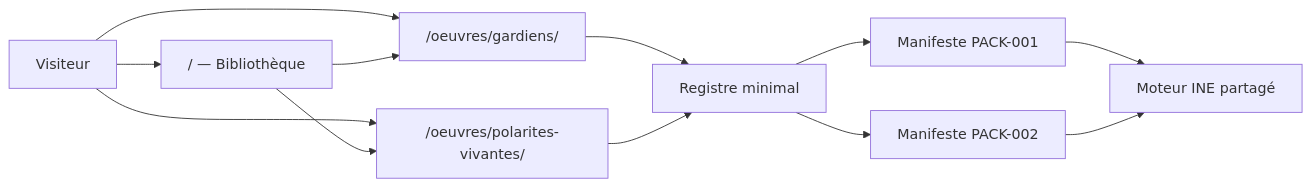
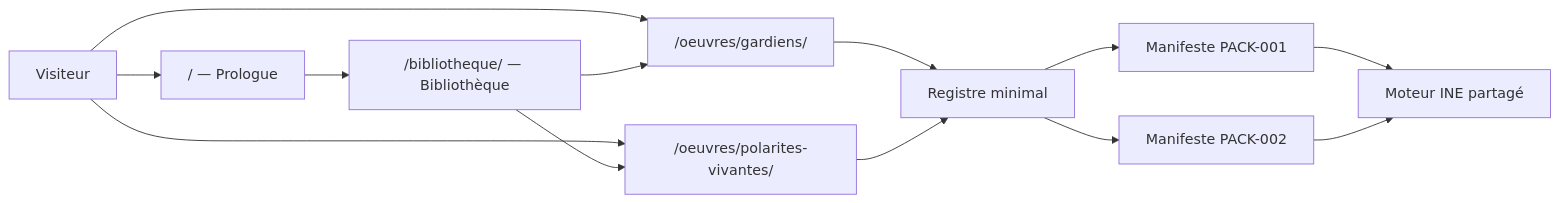
Before and after one commit to ZephyrAvenel/ERIA-Immersive-Prologue: the first of 2 diagrams in docs/INE-DISTRIBUTION-ARCHITECTURE.md, drawn with Mermaid. The commit also changed other lines of this file and 15 other files, not shown here.

````diff
--- a/docs/INE-DISTRIBUTION-ARCHITECTURE.md
+++ b/docs/INE-DISTRIBUTION-ARCHITECTURE.md
@@ -19,14 +19,15 @@
 ```mermaid
 flowchart LR
-  V["Visiteur"] --> L["/ — Bibliothèque"]
+  V["Visiteur"] --> P["/ — Prologue"]
+  P --> L["/bibliotheque/ — Bibliothèque"]
   V --> U1["/oeuvres/gardiens/"]
   V --> U2["/oeuvres/polarites-vivantes/"]
   L --> U1
   L --> U2
   U1 --> R["Registre minimal"]
   U2 --> R
   R --> M1["Manifeste PACK-001"]
   R --> M2["Manifeste PACK-002"]
   M1 --> E["Moteur INE partagé"]
   M2 --> E
 ```
````
